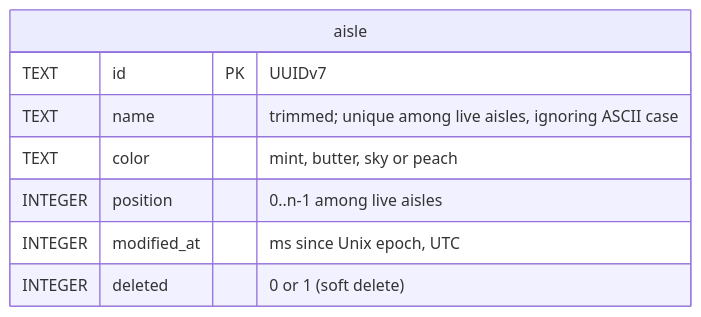
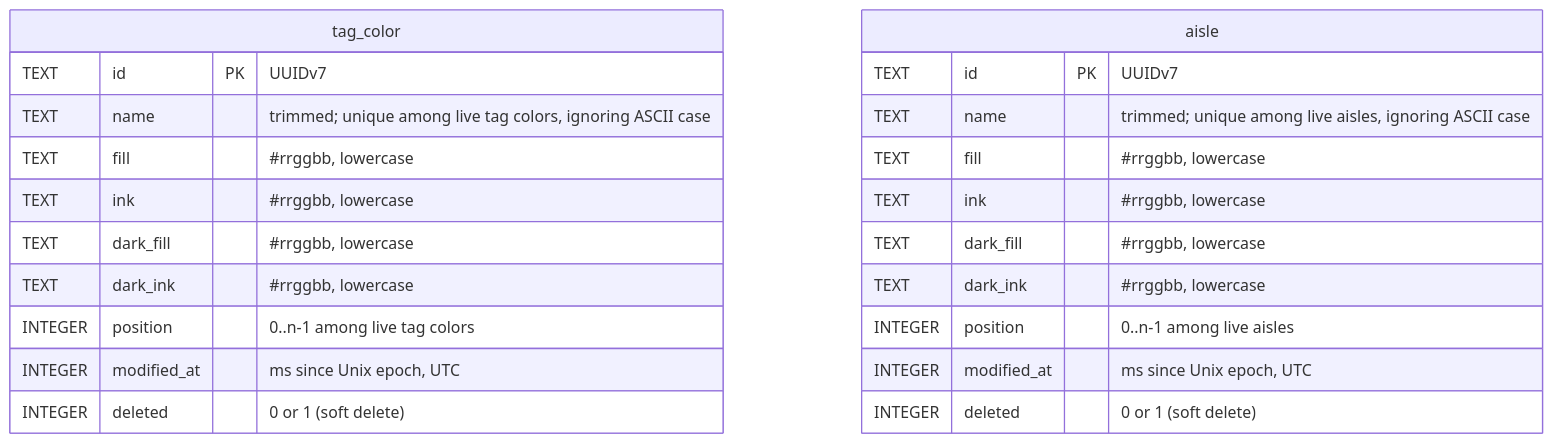
One commit to nyquo/ProjectCookBook changed the diagram in docs/schema.md. Above: the diagram before and after it, drawn with Mermaid. The commit also changed other lines of this file and 63 other files, not shown here.

````diff
--- a/docs/schema.md
+++ b/docs/schema.md
@@ -5,11 +5,25 @@
 ```mermaid
 erDiagram
+    tag_color {
+        TEXT id PK "UUIDv7"
+        TEXT name "trimmed; unique among live tag colors, ignoring ASCII case"
+        TEXT fill "#rrggbb, lowercase"
+        TEXT ink "#rrggbb, lowercase"
+        TEXT dark_fill "#rrggbb, lowercase"
+        TEXT dark_ink "#rrggbb, lowercase"
+        INTEGER position "0..n-1 among live tag colors"
+        INTEGER modified_at "ms since Unix epoch, UTC"
+        INTEGER deleted "0 or 1 (soft delete)"
+    }
     aisle {
         TEXT id PK "UUIDv7"
         TEXT name "trimmed; unique among live aisles, ignoring ASCII case"
-        TEXT color "mint, butter, sky or peach"
+        TEXT fill "#rrggbb, lowercase"
+        TEXT ink "#rrggbb, lowercase"
+        TEXT dark_fill "#rrggbb, lowercase"
+        TEXT dark_ink "#rrggbb, lowercase"
         INTEGER position "0..n-1 among live aisles"
         INTEGER modified_at "ms since Unix epoch, UTC"
         INTEGER deleted "0 or 1 (soft delete)"
     }
 ```
````
